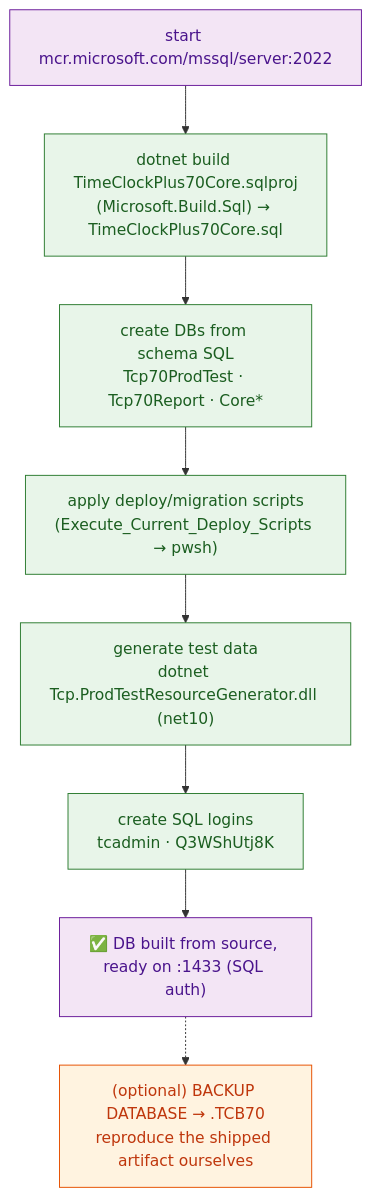
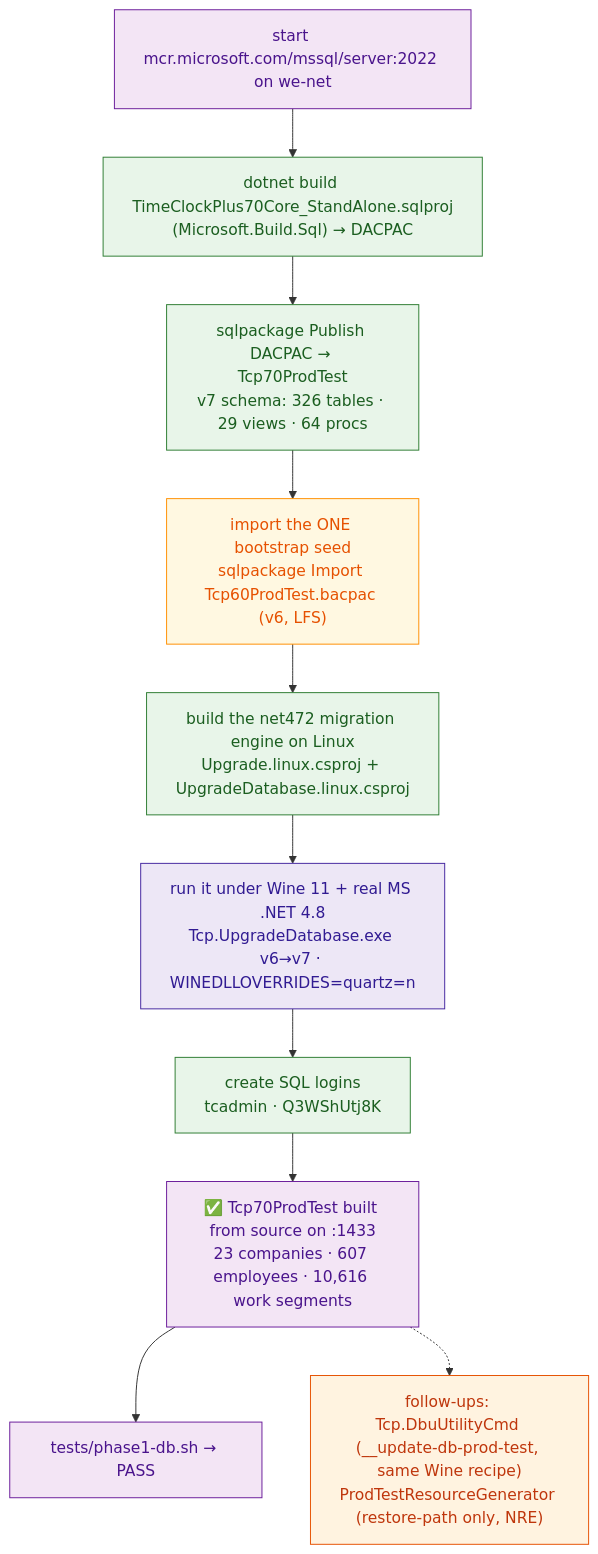
Before and after one commit to tcp-software/win11vbox: the fifth of 5 diagrams in docs/linux-pod-plan.md, drawn with Mermaid. The commit also changed other lines of this file, not shown here.

First line of the commit message:
linux-pod-plan: Phase 1 DONE -- record the real from-source DB path (v6 seed + Wine migration), gate PASS

````diff
--- a/docs/linux-pod-plan.md
+++ b/docs/linux-pod-plan.md
@@ -209,18 +228,23 @@
 ```mermaid
 flowchart TD
     classDef step fill:#e8f5e9,stroke:#2e7d32,color:#1b5e20;
     classDef data fill:#f3e5f5,stroke:#6a1b9a,color:#4a148c;
     classDef opt  fill:#fff3e0,stroke:#e65100,color:#bf360c;
 
-    B["start mcr.microsoft.com/mssql/server:2022"]:::data
-    S1["dotnet build TimeClockPlus70Core.sqlproj<br/>(Microsoft.Build.Sql) → TimeClockPlus70Core.sql"]:::step
-    S2["create DBs from schema SQL<br/>Tcp70ProdTest · Tcp70Report · Core*"]:::step
-    S3["apply deploy/migration scripts<br/>(Execute_Current_Deploy_Scripts → pwsh)"]:::step
-    S4["generate test data<br/>dotnet Tcp.ProdTestResourceGenerator.dll (net10)"]:::step
+    classDef wine fill:#ede7f6,stroke:#4527a0,color:#311b92;
+    classDef seed fill:#fff8e1,stroke:#ff8f00,color:#e65100;
+
+    B["start mcr.microsoft.com/mssql/server:2022 on we-net"]:::data
+    S1["dotnet build TimeClockPlus70Core_StandAlone.sqlproj<br/>(Microsoft.Build.Sql) → DACPAC"]:::step
+    S2["sqlpackage Publish DACPAC → Tcp70ProdTest<br/>v7 schema: 326 tables · 29 views · 64 procs"]:::step
+    SEED["import the ONE bootstrap seed<br/>sqlpackage Import Tcp60ProdTest.bacpac (v6, LFS)"]:::seed
+    S3["build the net472 migration engine on Linux<br/>Upgrade.linux.csproj + UpgradeDatabase.linux.csproj"]:::step
+    W["run it under Wine 11 + real MS .NET 4.8<br/>Tcp.UpgradeDatabase.exe v6→v7 · WINEDLLOVERRIDES=quartz=n"]:::wine
     S5["create SQL logins<br/>tcadmin · Q3WShUtj8K"]:::step
-    F["✅ DB built from source, ready on :1433 (SQL auth)"]:::data
-    OPT["(optional) BACKUP DATABASE → .TCB70<br/>reproduce the shipped artifact ourselves"]:::opt
+    F["✅ Tcp70ProdTest built from source on :1433<br/>23 companies · 607 employees · 10,616 work segments"]:::data
+    G["tests/phase1-db.sh → PASS"]:::data
+    OPT["follow-ups: Tcp.DbuUtilityCmd (__update-db-prod-test, same Wine recipe)<br/>ProdTestResourceGenerator (restore-path only, NRE)"]:::opt
 
-    B --> S1 --> S2 --> S3 --> S4 --> S5 --> F
+    B --> S1 --> S2 --> SEED --> S3 --> W --> S5 --> F --> G
     F -.-> OPT
 ```
````
